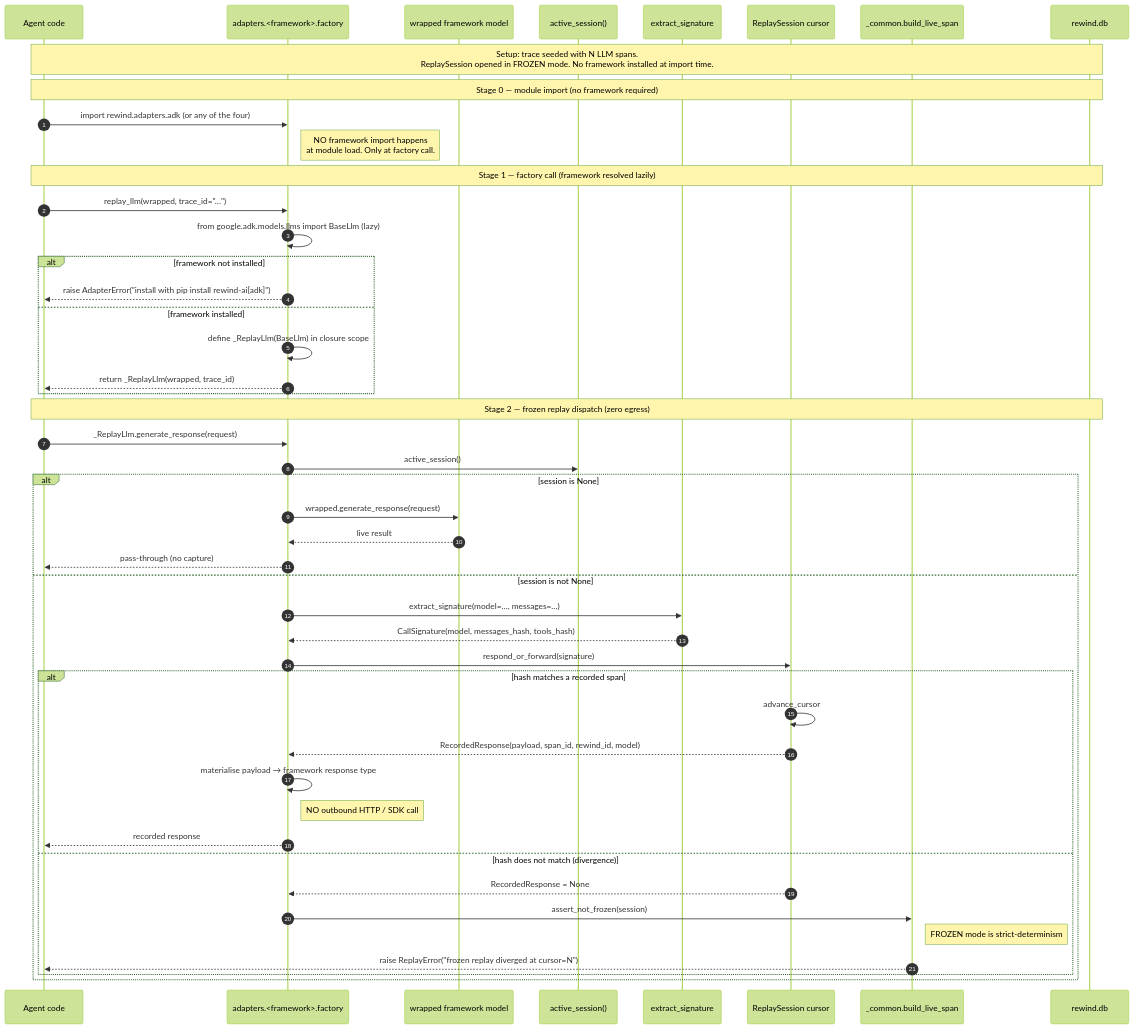
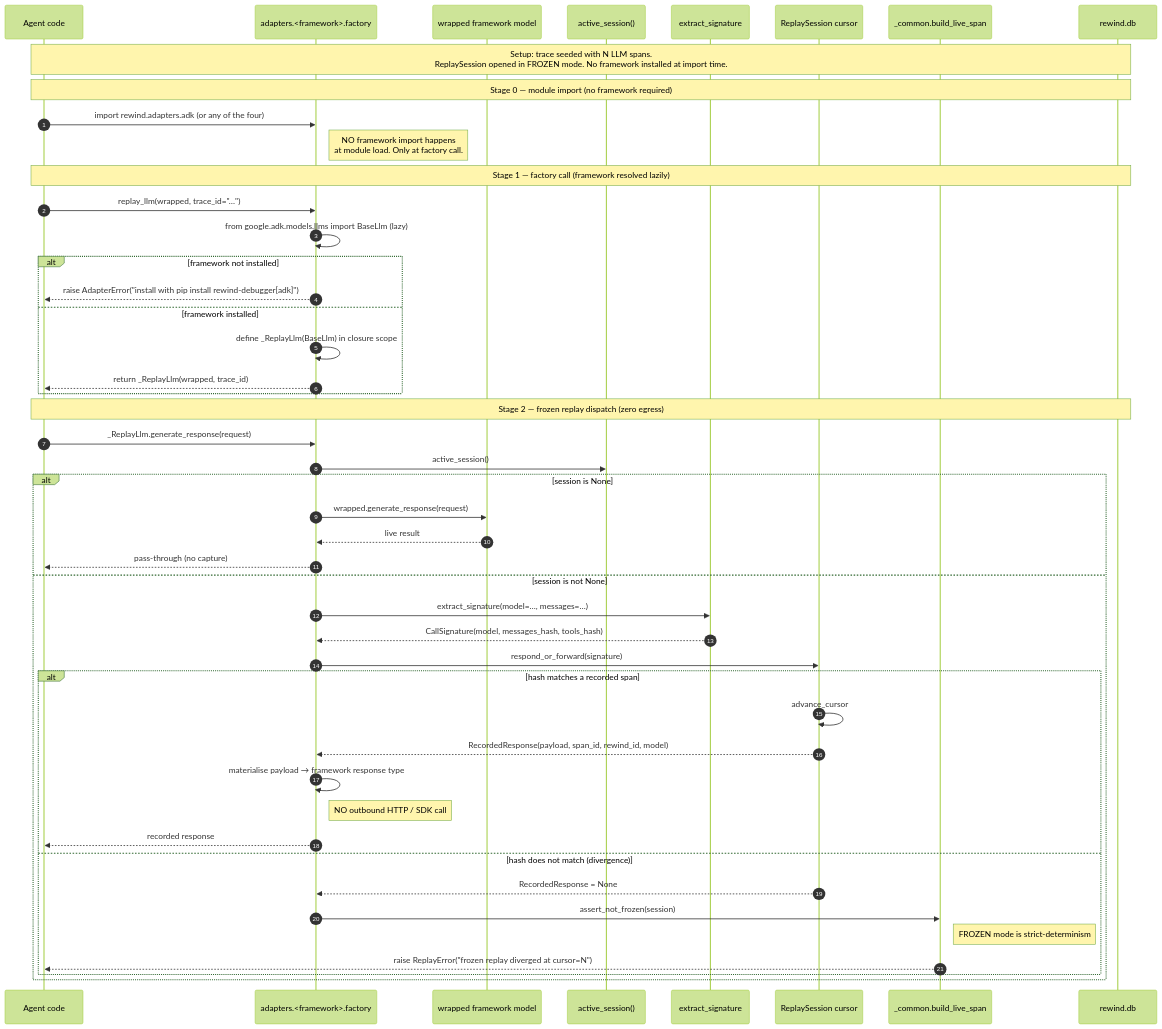
One commit to akshay-mp/Rewind changed the diagram in docs/diagrams/phase6-sequence-frozen-replay.mmd. Above: the diagram before and after it, drawn with Mermaid (forest theme). The commit also changed 35 other files, not shown here.

Commit message:
package Rewind for pip distribution

```diff
--- a/docs/diagrams/phase6-sequence-frozen-replay.mmd
+++ b/docs/diagrams/phase6-sequence-frozen-replay.mmd
@@ -1,51 +1,51 @@
 sequenceDiagram
     autonumber
     participant A as Agent code
     participant F as adapters.<framework>.factory
     participant W as wrapped framework model
     participant S as active_session()
     participant Sig as extract_signature
     participant Cursor as ReplaySession cursor
     participant C as _common.build_live_span
     participant DB as rewind.db
 
     Note over A,DB: Setup: trace seeded with N LLM spans.<br/>ReplaySession opened in FROZEN mode. No framework installed at import time.
 
     Note over A,DB: Stage 0 — module import (no framework required)
     A->>F: import rewind.adapters.adk  (or any of the four)
     Note right of F: NO framework import happens<br/>at module load. Only at factory call.
 
     Note over A,DB: Stage 1 — factory call (framework resolved lazily)
     A->>F: replay_llm(wrapped, trace_id="…")
     F->>F: from google.adk.models.llms import BaseLlm  (lazy)
     alt framework not installed
-        F-->>A: raise AdapterError("install with pip install rewind-ai[adk]")
+        F-->>A: raise AdapterError("install with pip install rewind-debugger[adk]")
     else framework installed
         F->>F: define _ReplayLlm(BaseLlm) in closure scope
         F-->>A: return _ReplayLlm(wrapped, trace_id)
     end
 
     Note over A,DB: Stage 2 — frozen replay dispatch (zero egress)
     A->>F: _ReplayLlm.generate_response(request)
     F->>S: active_session()
     alt session is None
         F->>W: wrapped.generate_response(request)
         W-->>F: live result
         F-->>A: pass-through (no capture)
     else session is not None
         F->>Sig: extract_signature(model=…, messages=…)
         Sig-->>F: CallSignature(model, messages_hash, tools_hash)
         F->>Cursor: respond_or_forward(signature)
         alt hash matches a recorded span
             Cursor->>Cursor: advance_cursor
             Cursor-->>F: RecordedResponse(payload, span_id, rewind_id, model)
             F->>F: materialise payload → framework response type
             Note right of F: NO outbound HTTP / SDK call
             F-->>A: recorded response
         else hash does not match (divergence)
             Cursor-->>F: RecordedResponse = None
             F->>C: assert_not_frozen(session)
             Note right of C: FROZEN mode is strict-determinism
             C-->>A: raise ReplayError("frozen replay diverged at cursor=N")
         end
     end
```
